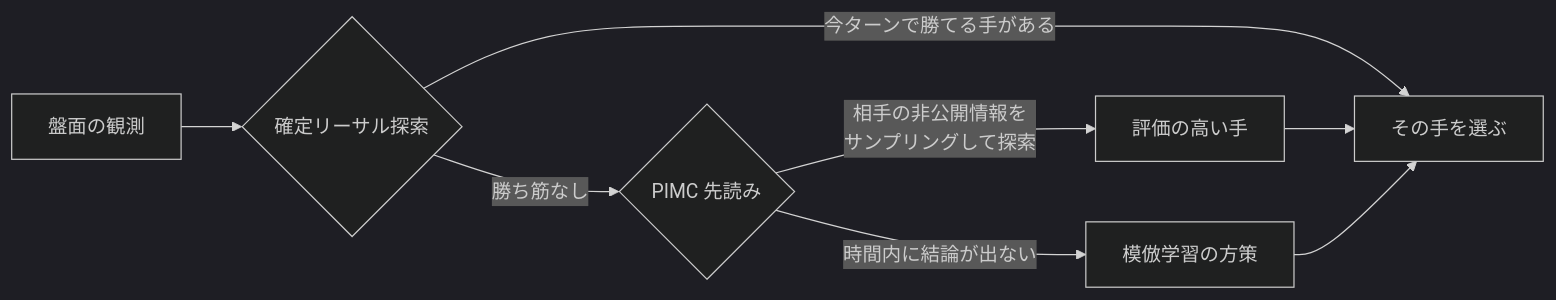
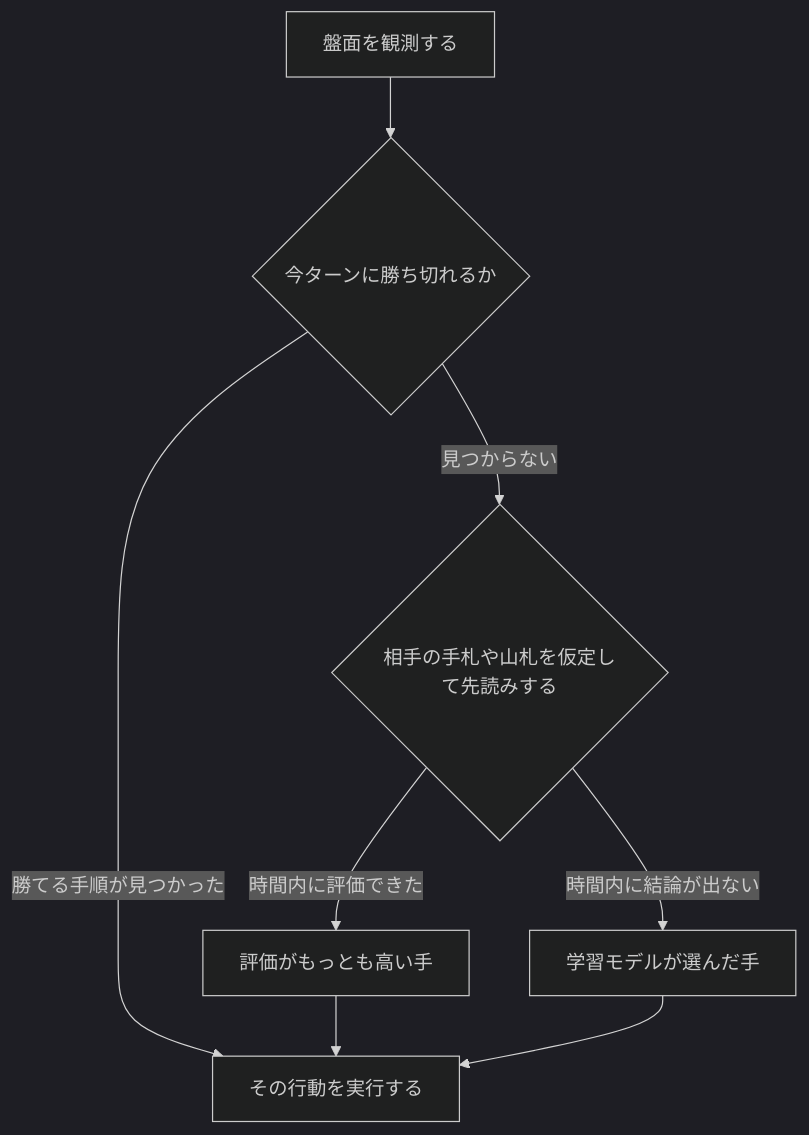
The diagram in README.md (pokemon-ai-challenge/pokemon-tcg-ai-battle), drawn with Mermaid (dark theme) before and after one commit. The commit also changed other lines of this file and 2 other files, not shown here.

````diff
--- a/README.md
+++ b/README.md
@@ -62,10 +47,10 @@
 ```mermaid
-flowchart LR
-    A[盤面の観測] --> B{確定リーサル探索}
-    B -->|今ターンで勝てる手がある| Z[その手を選ぶ]
-    B -->|勝ち筋なし| C{PIMC 先読み}
-    C -->|相手の非公開情報を<br/>サンプリングして探索| D[評価の高い手]
-    C -->|時間内に結論が出ない| E[模倣学習の方策]
+flowchart TD
+    A[盤面を観測する] --> B{今ターンに勝ち切れるか}
+    B -->|勝てる手順が見つかった| Z[その行動を実行する]
+    B -->|見つからない| C{相手の手札や山札を仮定して先読みする}
+    C -->|時間内に評価できた| D[評価がもっとも高い手]
+    C -->|時間内に結論が出ない| E[学習モデルが選んだ手]
     D --> Z
     E --> Z
 ```
````
